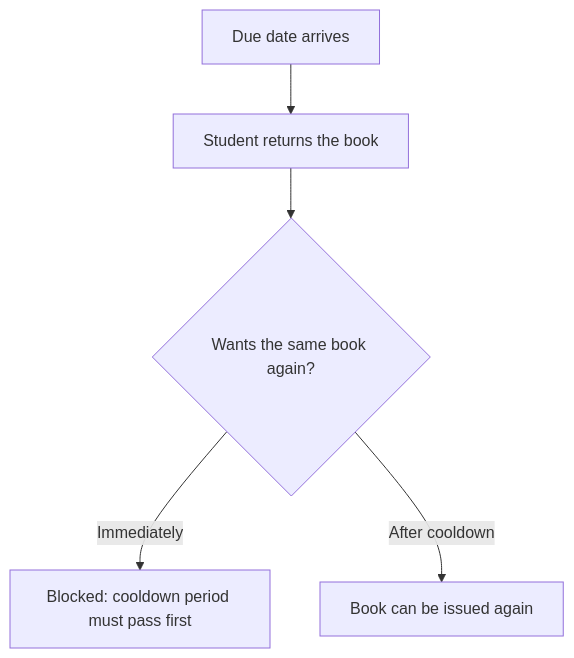
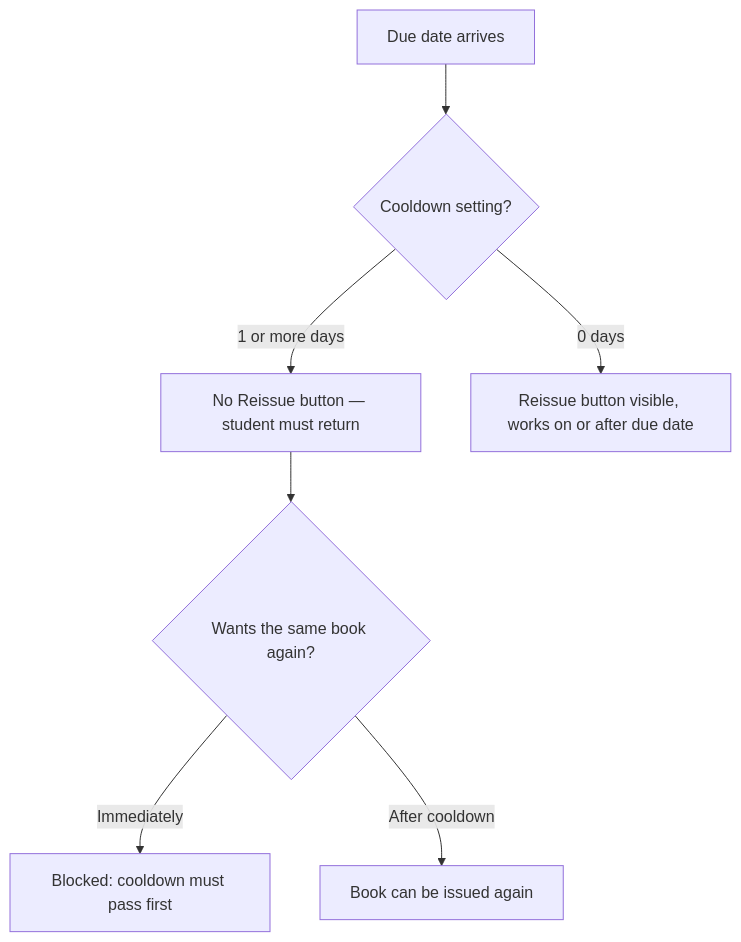
The sixth of 9 diagrams in FLOWCHART.md (Viveksharma8542/Libsys), drawn with Mermaid before and after one commit. The commit also changed other lines of this file and 13 other files, not shown here.

Commit message:
hold auto-expiry with escalation; reissue only when cooldown is zero

````diff
--- a/FLOWCHART.md
+++ b/FLOWCHART.md
@@ -194,7 +197,9 @@
 ```mermaid
 flowchart TD
-    A[Due date arrives] --> B[Student returns the book]
-    B --> C{Wants the same book again?}
-    C -->|Immediately| D[Blocked: cooldown period must pass first]
-    C -->|After cooldown| E[Book can be issued again]
+    A[Due date arrives] --> B{Cooldown setting?}
+    B -->|1 or more days| C[No Reissue button — student must return]
+    C --> D{Wants the same book again?}
+    D -->|Immediately| E[Blocked: cooldown must pass first]
+    D -->|After cooldown| F[Book can be issued again]
+    B -->|0 days| G[Reissue button visible, works on or after due date]
 ```
````
